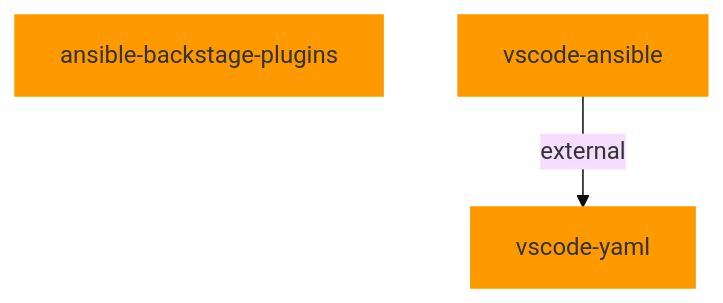
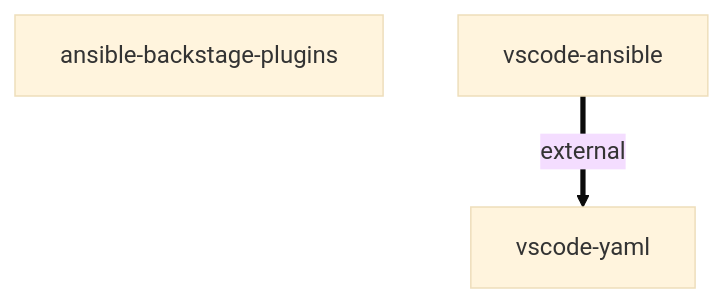
Before and after one commit to ansible/team-devtools: the second of 3 diagrams in README.md, drawn with Mermaid (base theme). The commit also changed other lines of this file and 4 other files, not shown here.

````diff
--- a/README.md
+++ b/README.md
@@ -91,17 +95,14 @@
 ```mermaid
+
 graph TB;
 
-  classDef tsclass fill:#f90,stroke:#f90,color:#333;
-  classDef containerclass fill:#060,stroke:#060,color:#fff;
-  classDef thirdpartyclass fill:#9f6,stroke:#9f6,color:#333;
-
   ansible-backstage-plugins:::tsclass;
-  vscode-ansible:::tsclass -- external --> vscode-yaml;
+  vscode-ansible:::tsclass == external ==> vscode-yaml;
   vscode-yaml:::tsclass;
 
  click ansible-backstage-plugins "https://github.com/ansible/ansible-backstage-plugins"
  click ansible-dev-environment "https://github.com/ansible/ansible-dev-environment"
  click community.molecule "https://github.com/ansible-collections/community.molecule"
  click vscode-ansible href "https://github.com/ansible/vscode-ansible"
  click vscode-yaml href "https://github.com/redhat-developer/vscode-yaml"
 ```
````
